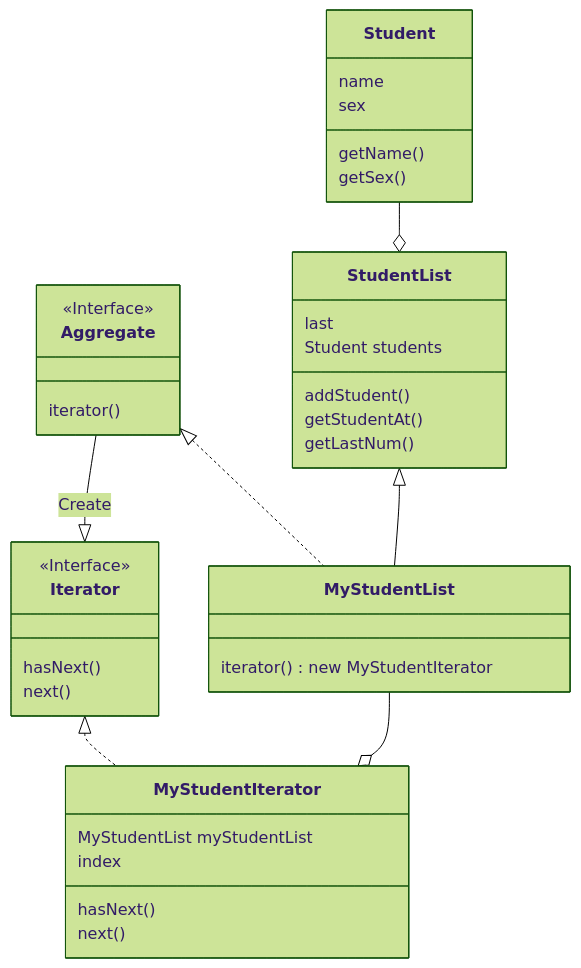
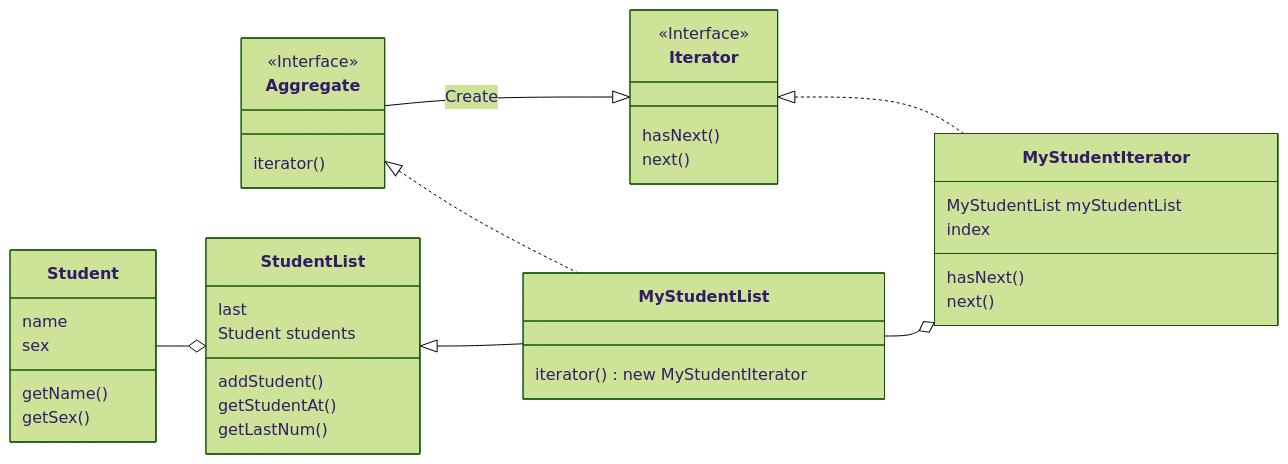
Before and after one commit to dchf12/Design-Patterns-TypeScript: the second of 2 diagrams in 01 - Iterator Pattern/README.md, drawn with Mermaid (forest theme).

Commit message:
docs: Fix class diagram placement

````diff
--- a/01 - Iterator Pattern/README.md
+++ b/01 - Iterator Pattern/README.md
@@ -38,41 +38,42 @@
 ```mermaid
 classDiagram
+    direction LR
     class Aggregate{
         <<Interface>>
         iterator()
     }
     class Iterator{
         <<Interface>>
         hasNext()
         next()
     }
     class MyStudentIterator{
         MyStudentList myStudentList
         index
         hasNext()
         next()
     }
     class Student{
         name
         sex
         getName()
         getSex()
     }
     class StudentList{
         last
         Student students
         addStudent()
         getStudentAt()
         getLastNum()
     }
     class MyStudentList{
         iterator() new MyStudentIterator
     }
 
     Aggregate <|.. MyStudentList
     Aggregate --|> Iterator : Create
     MyStudentList --o MyStudentIterator
     Iterator <|.. MyStudentIterator
     StudentList <|-- MyStudentList
     Student --o StudentList
 ```
````
